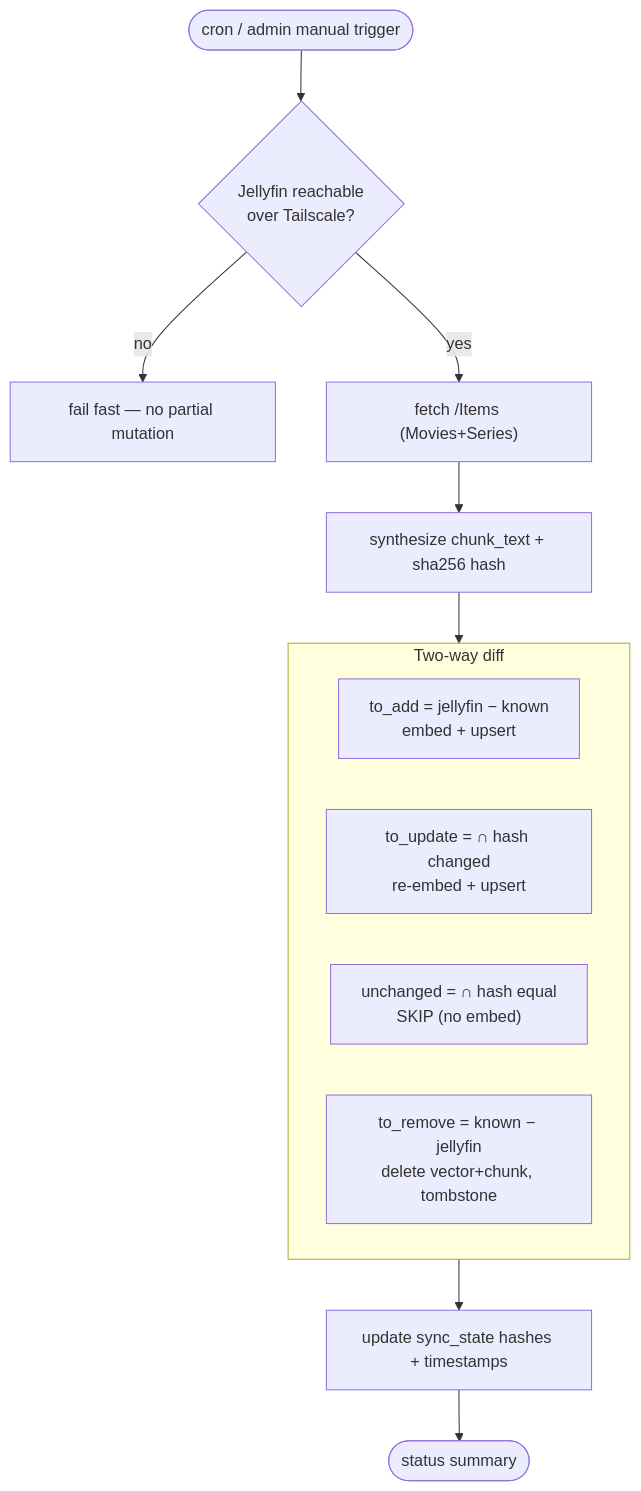
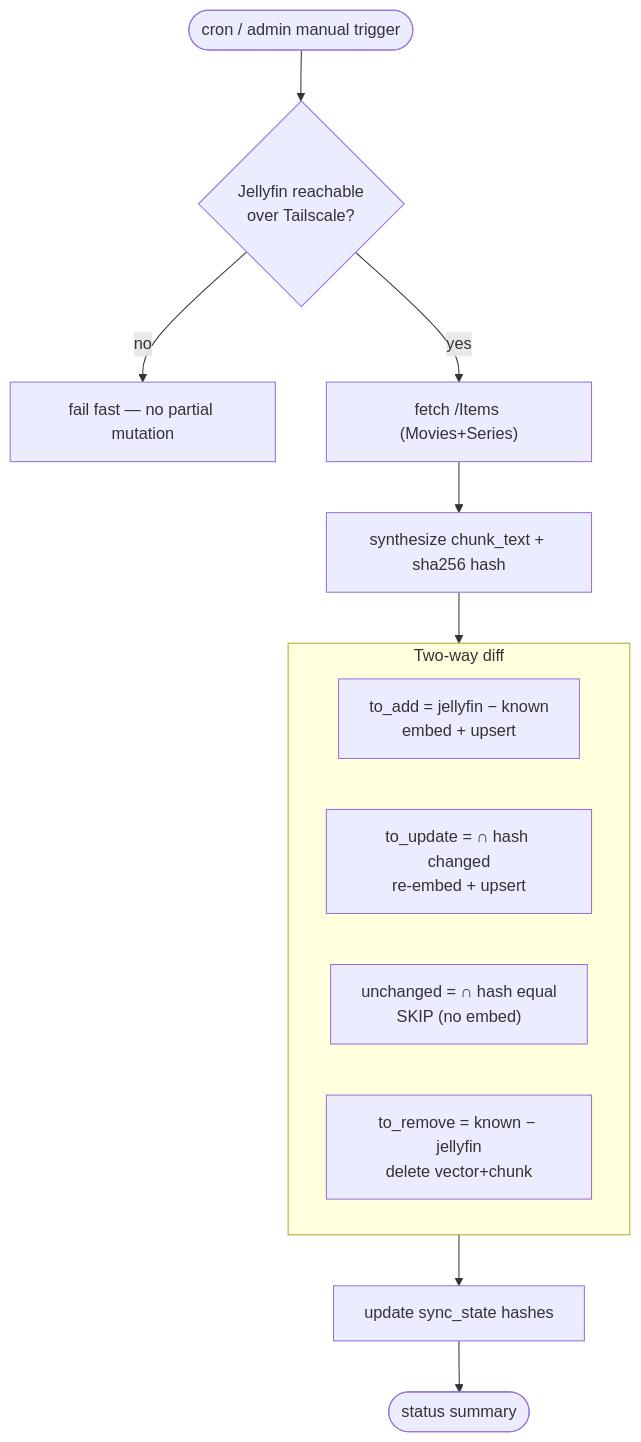
The third of 3 diagrams in README.md (mbvillaverde/jellirag-with-rbac), drawn with Mermaid before and after one commit. The commit also changed other lines of this file and 53 other files, not shown here.

````diff
--- a/README.md
+++ b/README.md
@@ -128,17 +125,17 @@
 ```mermaid
 flowchart TD
     T([cron / admin manual trigger]) --> Reach{"Jellyfin reachable<br/>over Tailscale?"}
     Reach -- no --> Fail["fail fast — no partial mutation"]
     Reach -- yes --> Fetch["fetch /Items (Movies+Series)"]
     Fetch --> Synth["synthesize chunk_text + sha256 hash"]
     Synth --> Diff
     subgraph Diff["Two-way diff"]
         direction LR
         Add["to_add = jellyfin − known<br/>embed + upsert"]
         Upd["to_update = ∩ hash changed<br/>re-embed + upsert"]
         Same["unchanged = ∩ hash equal<br/>SKIP (no embed)"]
-        Rem["to_remove = known − jellyfin<br/>delete vector+chunk, tombstone"]
+        Rem["to_remove = known − jellyfin<br/>delete vector+chunk"]
     end
-    Diff --> State["update sync_state hashes + timestamps"]
+    Diff --> State["update sync_state hashes"]
     State --> Done([status summary])
 ```
````
